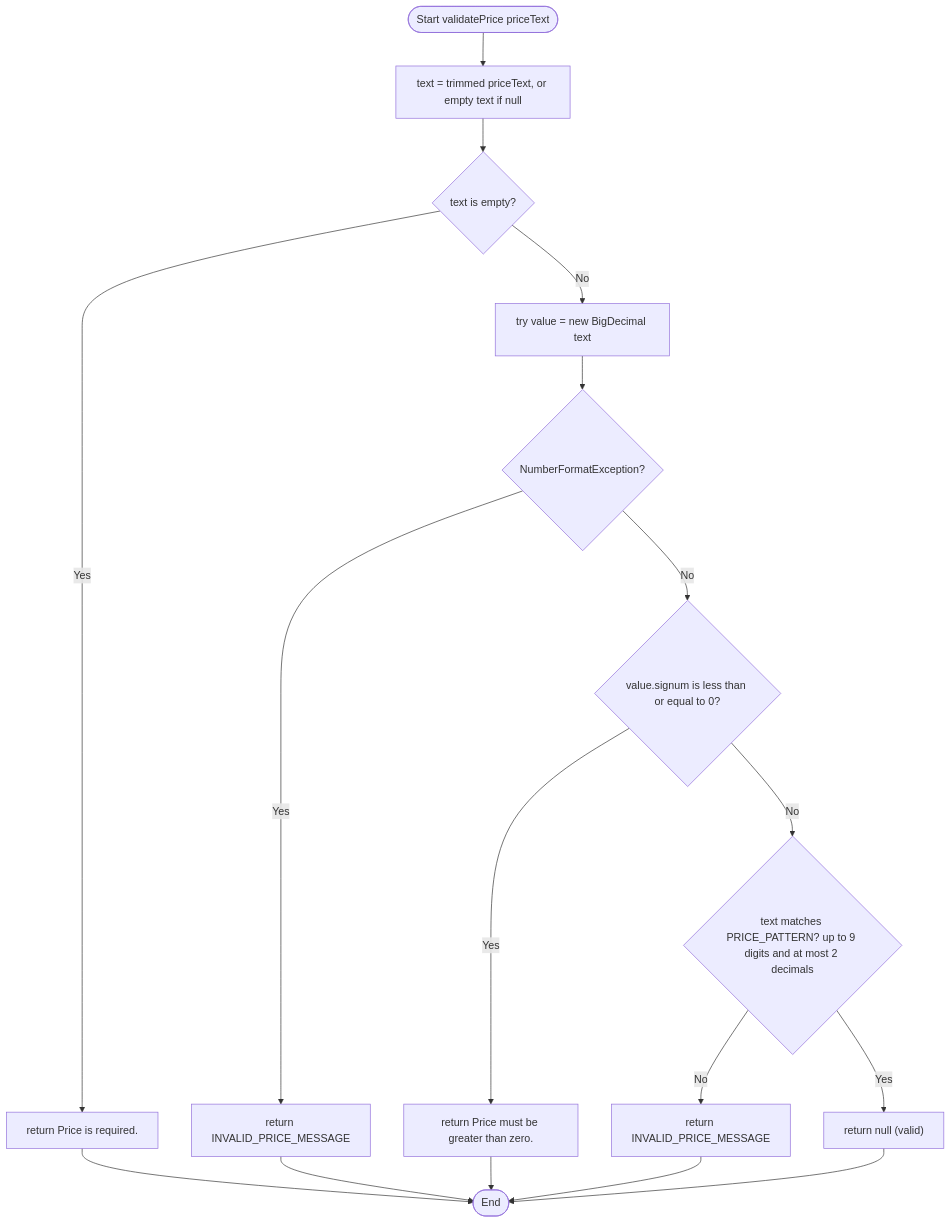
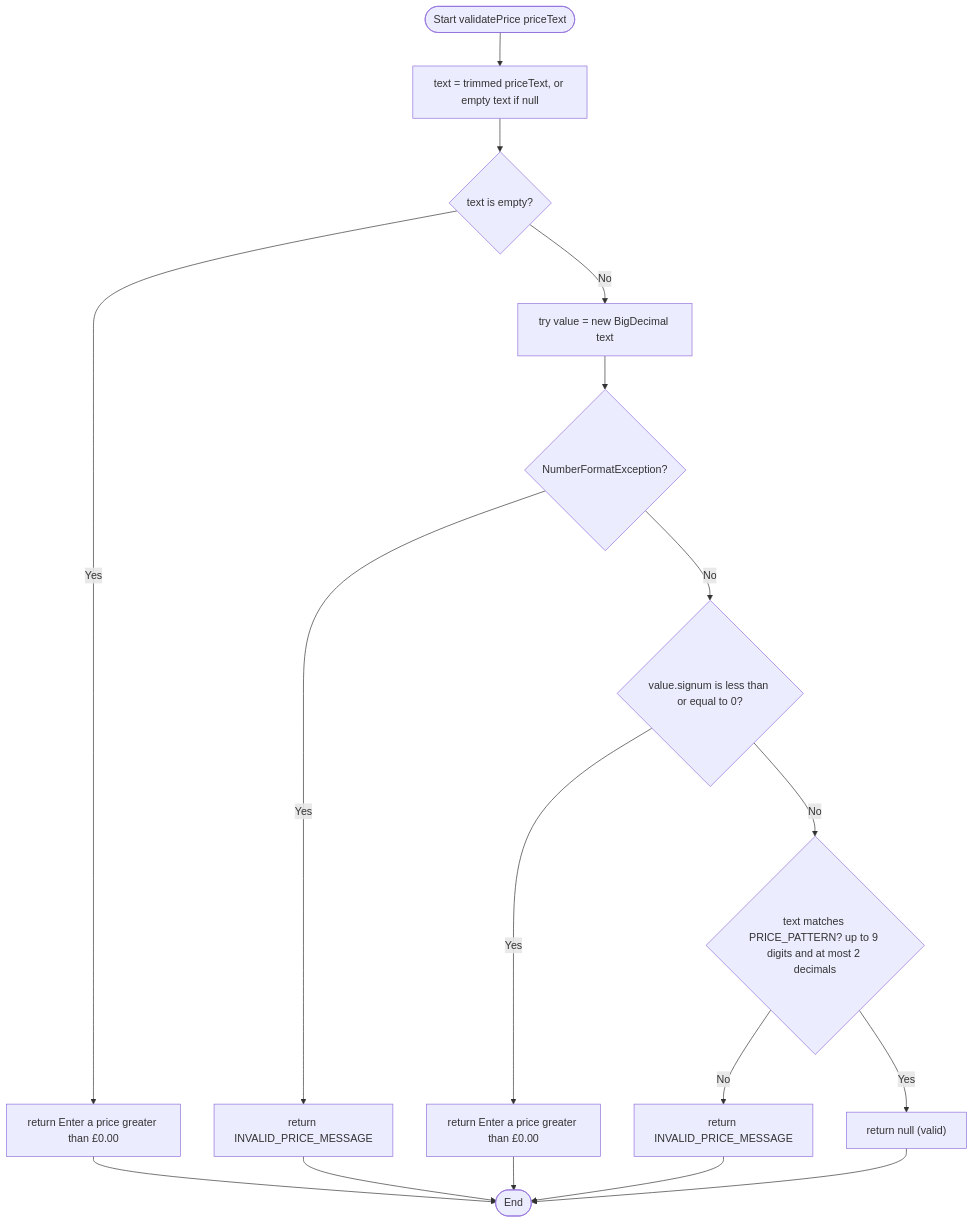
Before and after one commit to sfarshadchoudhury-dot/NC1605-Marketplace: the fourth of 29 diagrams in components/products/docs/04-diagrams.md, drawn with Mermaid. The commit also changed other lines of this file and 3 other files, not shown here.

Commit message:
Update the README, test plan and diagrams for the new screens

````diff
--- a/components/products/docs/04-diagrams.md
+++ b/components/products/docs/04-diagrams.md
@@ -286,19 +290,19 @@
 ```mermaid
 flowchart TD
     A([Start validatePrice priceText]) --> B["text = trimmed priceText, or empty text if null"]
     B --> C{"text is empty?"}
-    C -- Yes --> C1["return Price is required."]
+    C -- Yes --> C1["return Enter a price greater than £0.00"]
     C -- No --> D["try value = new BigDecimal text"]
     D --> E{"NumberFormatException?"}
     E -- Yes --> E1["return INVALID_PRICE_MESSAGE"]
     E -- No --> F{"value.signum is less than or equal to 0?"}
-    F -- Yes --> F1["return Price must be greater than zero."]
+    F -- Yes --> F1["return Enter a price greater than £0.00"]
     F -- No --> G{"text matches PRICE_PATTERN? up to 9 digits and at most 2 decimals"}
     G -- No --> G1["return INVALID_PRICE_MESSAGE"]
     G -- Yes --> H["return null (valid)"]
     C1 --> Z([End])
     E1 --> Z
     F1 --> Z
     G1 --> Z
     H --> Z
 ```
````
